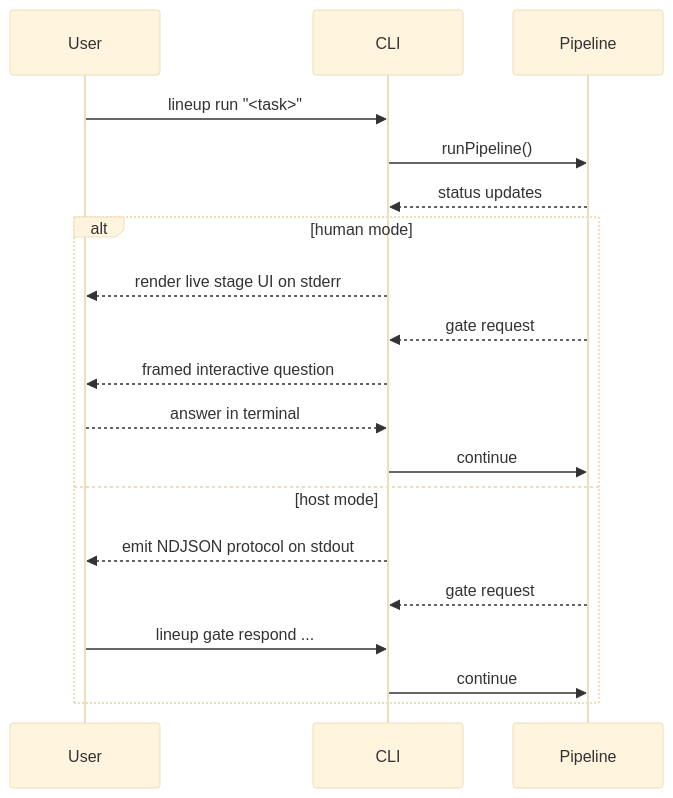
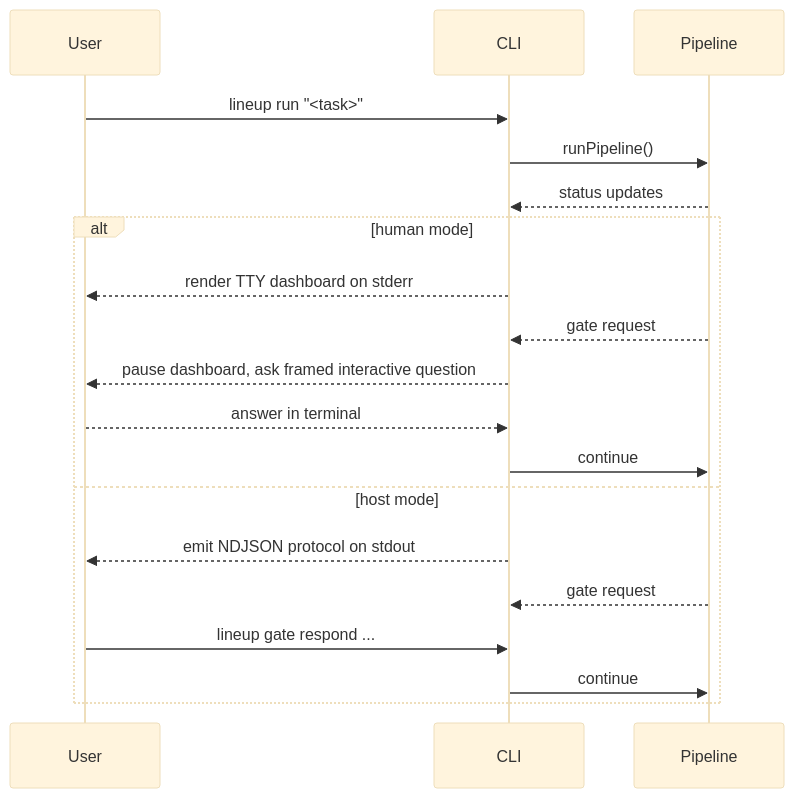
One commit to izantech/lineup changed the fourth of 5 diagrams in docs/cli-overview.md. Above: the diagram before and after it, drawn with Mermaid (base theme). The commit also changed other lines of this file and 14 other files, not shown here.

````diff
--- a/docs/cli-overview.md
+++ b/docs/cli-overview.md
@@ -131,23 +132,23 @@
 ```mermaid
 sequenceDiagram
   participant U as User
   participant C as CLI
   participant P as Pipeline
 
   U->>C: lineup run "<task>"
   C->>P: runPipeline()
   P-->>C: status updates
 
   alt human mode
-    C-->>U: render live stage UI on stderr
+    C-->>U: render TTY dashboard on stderr
     P-->>C: gate request
-    C-->>U: framed interactive question
+    C-->>U: pause dashboard, ask framed interactive question
     U-->>C: answer in terminal
     C->>P: continue
   else host mode
     C-->>U: emit NDJSON protocol on stdout
     P-->>C: gate request
     U->>C: lineup gate respond ...
     C->>P: continue
   end
 ```
````
